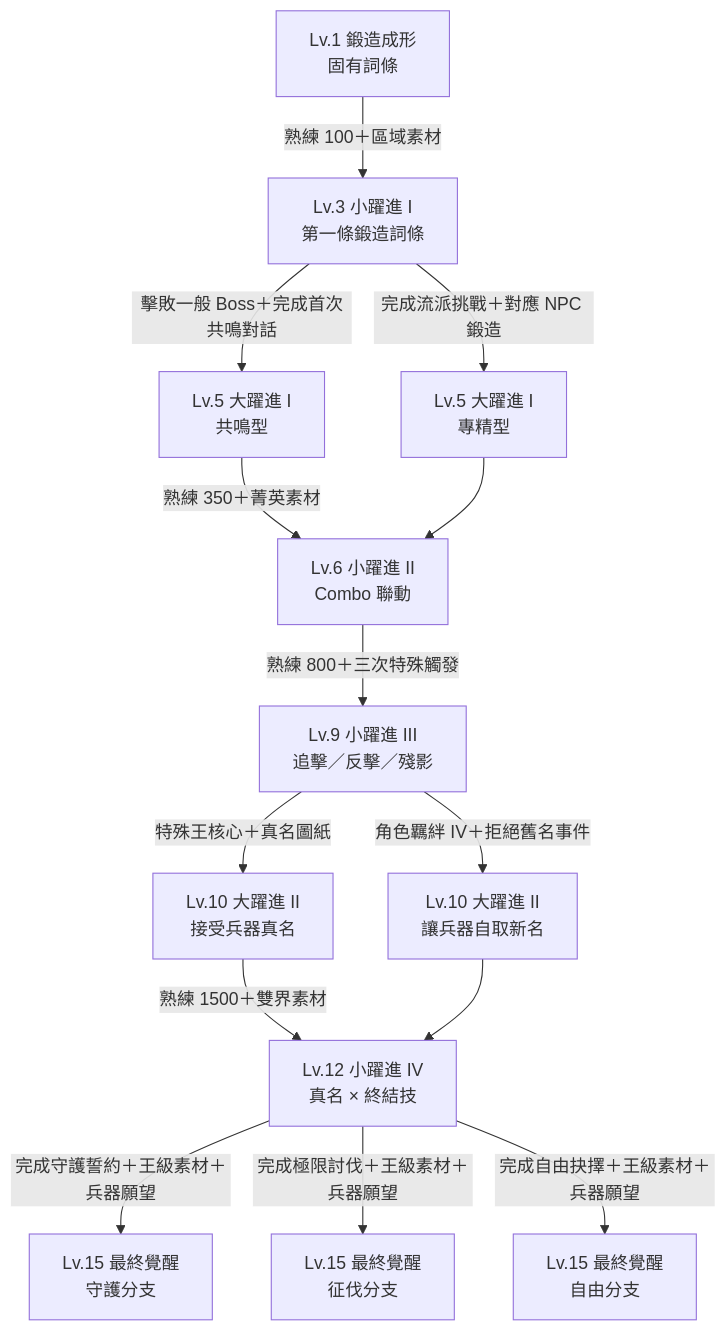
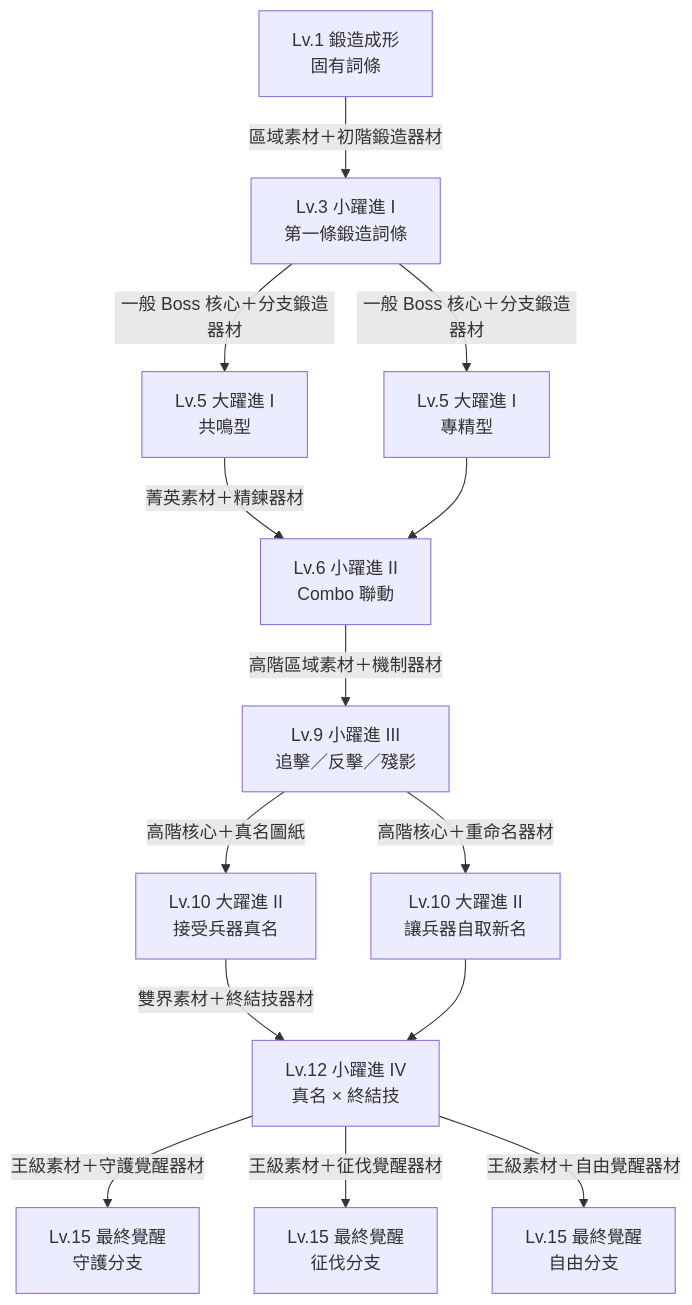
The first of 11 diagrams in concept/story/game_story/05_戰鬥設計/裝備詞條與進化路線.md (judadao/game_godot), drawn with Mermaid before and after one commit. The commit also changed other lines of this file and 72 other files, not shown here.

````diff
--- a/concept/story/game_story/05_戰鬥設計/裝備詞條與進化路線.md
+++ b/concept/story/game_story/05_戰鬥設計/裝備詞條與進化路線.md
@@ -98,16 +98,16 @@
 ```mermaid
 flowchart TD
-    L1[Lv.1 鍛造成形<br/>固有詞條] -->|熟練 100＋區域素材| L3[Lv.3 小躍進 I<br/>第一條鍛造詞條]
-    L3 -->|擊敗一般 Boss＋完成首次共鳴對話| L5A[Lv.5 大躍進 I<br/>共鳴型]
-    L3 -->|完成流派挑戰＋對應 NPC 鍛造| L5B[Lv.5 大躍進 I<br/>專精型]
-    L5A -->|熟練 350＋菁英素材| L6[Lv.6 小躍進 II<br/>Combo 聯動]
+    L1[Lv.1 鍛造成形<br/>固有詞條] -->|區域素材＋初階鍛造器材| L3[Lv.3 小躍進 I<br/>第一條鍛造詞條]
+    L3 -->|一般 Boss 核心＋分支鍛造器材| L5A[Lv.5 大躍進 I<br/>共鳴型]
+    L3 -->|一般 Boss 核心＋分支鍛造器材| L5B[Lv.5 大躍進 I<br/>專精型]
+    L5A -->|菁英素材＋精鍊器材| L6[Lv.6 小躍進 II<br/>Combo 聯動]
     L5B --> L6
-    L6 -->|熟練 800＋三次特殊觸發| L9[Lv.9 小躍進 III<br/>追擊／反擊／殘影]
-    L9 -->|特殊王核心＋真名圖紙| L10A[Lv.10 大躍進 II<br/>接受兵器真名]
-    L9 -->|角色羈絆 IV＋拒絕舊名事件| L10B[Lv.10 大躍進 II<br/>讓兵器自取新名]
-    L10A -->|熟練 1500＋雙界素材| L12[Lv.12 小躍進 IV<br/>真名 × 終結技]
+    L6 -->|高階區域素材＋機制器材| L9[Lv.9 小躍進 III<br/>追擊／反擊／殘影]
+    L9 -->|高階核心＋真名圖紙| L10A[Lv.10 大躍進 II<br/>接受兵器真名]
+    L9 -->|高階核心＋重命名器材| L10B[Lv.10 大躍進 II<br/>讓兵器自取新名]
+    L10A -->|雙界素材＋終結技器材| L12[Lv.12 小躍進 IV<br/>真名 × 終結技]
     L10B --> L12
-    L12 -->|完成守護誓約＋王級素材＋兵器願望| L15A[Lv.15 最終覺醒<br/>守護分支]
-    L12 -->|完成極限討伐＋王級素材＋兵器願望| L15B[Lv.15 最終覺醒<br/>征伐分支]
-    L12 -->|完成自由抉擇＋王級素材＋兵器願望| L15C[Lv.15 最終覺醒<br/>自由分支]
+    L12 -->|王級素材＋守護覺醒器材| L15A[Lv.15 最終覺醒<br/>守護分支]
+    L12 -->|王級素材＋征伐覺醒器材| L15B[Lv.15 最終覺醒<br/>征伐分支]
+    L12 -->|王級素材＋自由覺醒器材| L15C[Lv.15 最終覺醒<br/>自由分支]
 ```
````
